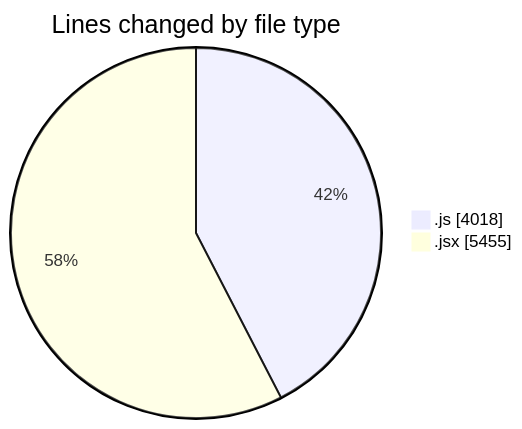
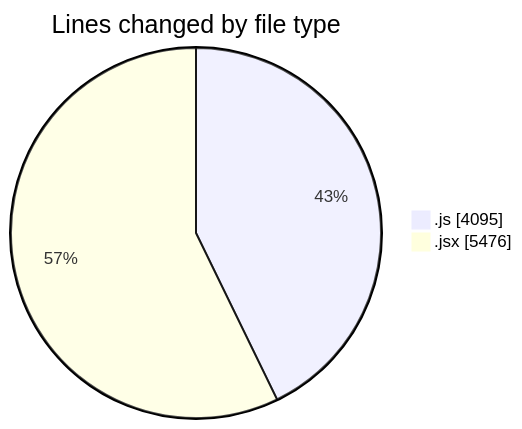
The first of 2 diagrams in 2025-12-31/nxtqube_webapp/README.md (nxtqubesakshisongat/code-tracking), drawn with Mermaid before and after one commit. The commit also changed other lines of this file and 1 other file, not shown here.

````diff
--- a/2025-12-31/nxtqube_webapp/README.md
+++ b/2025-12-31/nxtqube_webapp/README.md
@@ -33,6 +34,6 @@
 ```mermaid
 pie showData
 title Lines changed by file type
-".js" : 4018
-".jsx" : 5455
+".js" : 4095
+".jsx" : 5476
 ```
````
